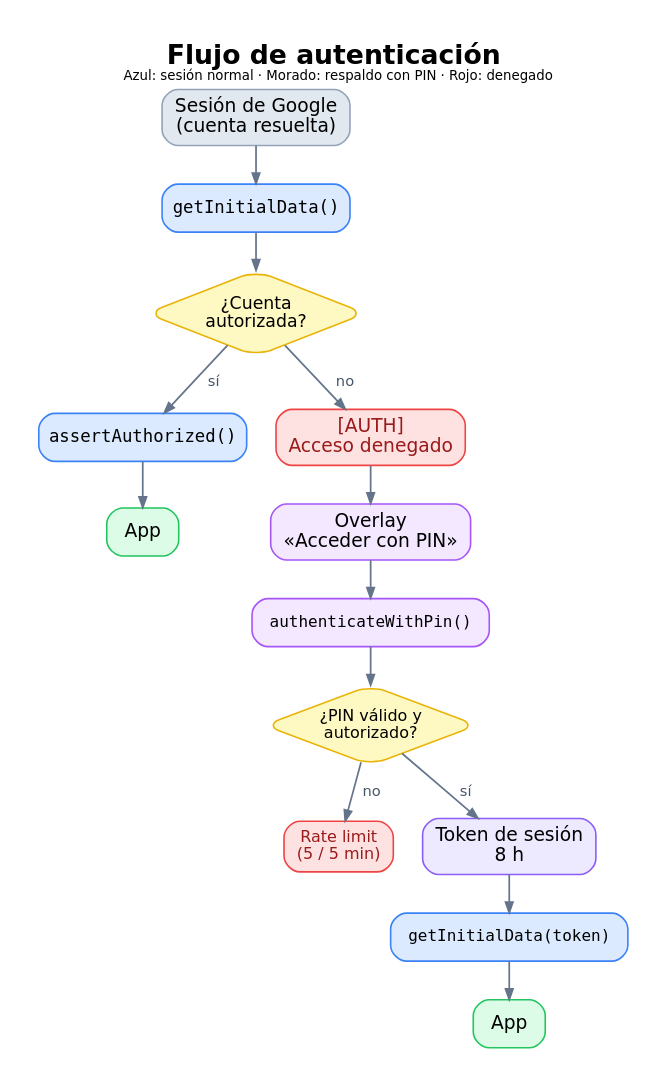
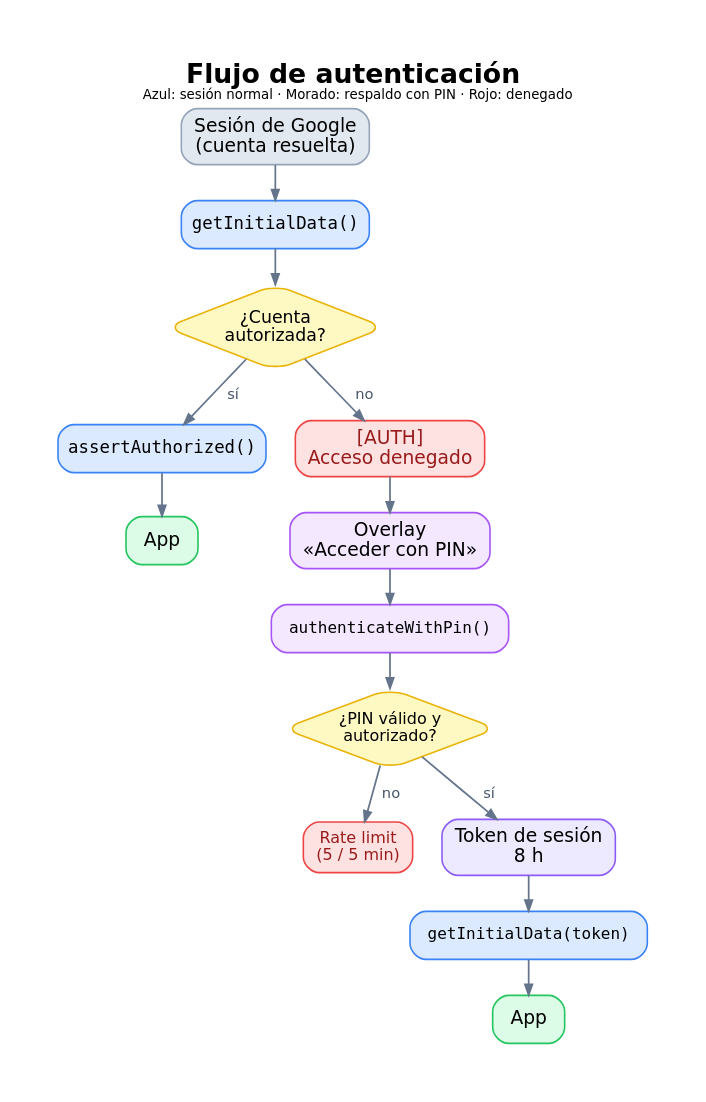
Before and after one commit to pfelipm/panel-dedicacion-no-lectiva: the diagram in docs/images/auth-flow.dot, drawn with Graphviz. The commit also changed 5 other files, not shown here.

First line of the commit message:
docs: pulir banner y diagramas del README

```diff
--- a/docs/images/auth-flow.dot
+++ b/docs/images/auth-flow.dot
@@ -1,59 +1,59 @@
 digraph AuthFlow {
   graph [
     rankdir=TB,
     bgcolor="white",
-    pad="0.30",
+    pad="0.50",
     nodesep="0.30",
-    ranksep="0.38",
+    ranksep="0.35",
     fontname="DejaVu Sans",
     label=<<B>Flujo de autenticación</B><BR/><FONT POINT-SIZE="10">Azul: sesión normal · Morado: respaldo con PIN · Rojo: denegado</FONT>>,
     labelloc="t",
     fontsize=20
   ];
 
   node [
     shape=box,
     style="rounded,filled",
     fontname="DejaVu Sans",
     fontsize=14,
     margin="0.14,0.09",
     penwidth=1.2
   ];
 
   edge [
     color="#64748b",
     penwidth=1.3,
     arrowsize=0.8,
     fontname="DejaVu Sans",
     fontsize=11,
     fontcolor="#475569"
   ];
 
   start [label="Sesión de Google\n(cuenta resuelta)", fillcolor="#e2e8f0", color="#94a3b8"];
   init [label="getInitialData()", fillcolor="#dbeafe", color="#3b82f6", fontname="DejaVu Sans Mono", fontsize=13];
   ok [label="¿Cuenta\nautorizada?", shape=diamond, fillcolor="#fef9c3", color="#eab308", fontsize=13, margin="0.03,0.03"];
   auth [label="assertAuthorized()", fillcolor="#dbeafe", color="#3b82f6", fontname="DejaVu Sans Mono", fontsize=13];
   app [label="App", fillcolor="#dcfce7", color="#22c55e", fontsize=14];
 
   denied [label="[AUTH]\nAcceso denegado", fillcolor="#fee2e2", color="#ef4444", fontcolor="#991b1b"];
   overlay [label="Overlay\n«Acceder con PIN»", fillcolor="#f3e8ff", color="#a855f7"];
   pin [label="authenticateWithPin()", fillcolor="#f3e8ff", color="#a855f7", fontname="DejaVu Sans Mono", fontsize=12];
   valid [label="¿PIN válido y\nautorizado?", shape=diamond, fillcolor="#fef9c3", color="#eab308", fontsize=12, margin="0.03,0.03"];
   error [label="Rate limit\n(5 / 5 min)", fillcolor="#fee2e2", color="#ef4444", fontcolor="#991b1b", fontsize=12];
   token [label="Token de sesión\n8 h", fillcolor="#ede9fe", color="#8b5cf6"];
   init2 [label="getInitialData(token)", fillcolor="#dbeafe", color="#3b82f6", fontname="DejaVu Sans Mono", fontsize=12];
   app2 [label="App", fillcolor="#dcfce7", color="#22c55e", fontsize=14];
 
   start -> init;
   init -> ok;
   ok -> auth [label="  sí"];
   auth -> app;
   ok -> denied [label="  no"];
   denied -> overlay;
   overlay -> pin;
   pin -> valid;
   valid -> error [label="  no"];
   valid -> token [label="  sí"];
   token -> init2;
   init2 -> app2;
 }
```
